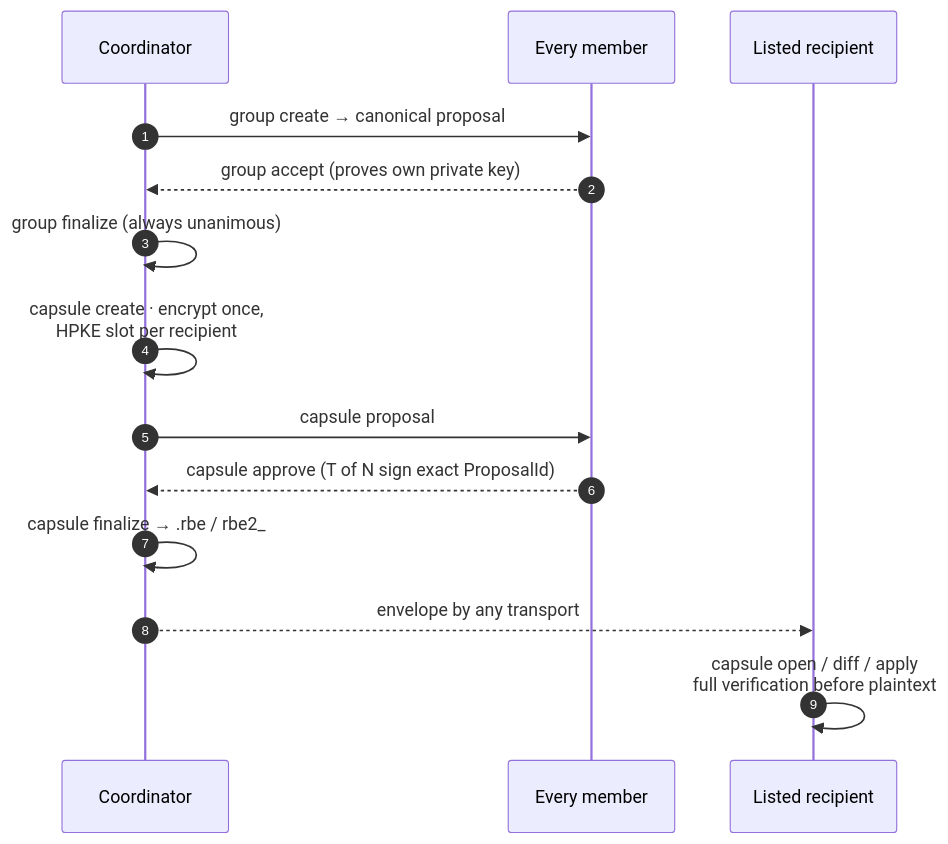
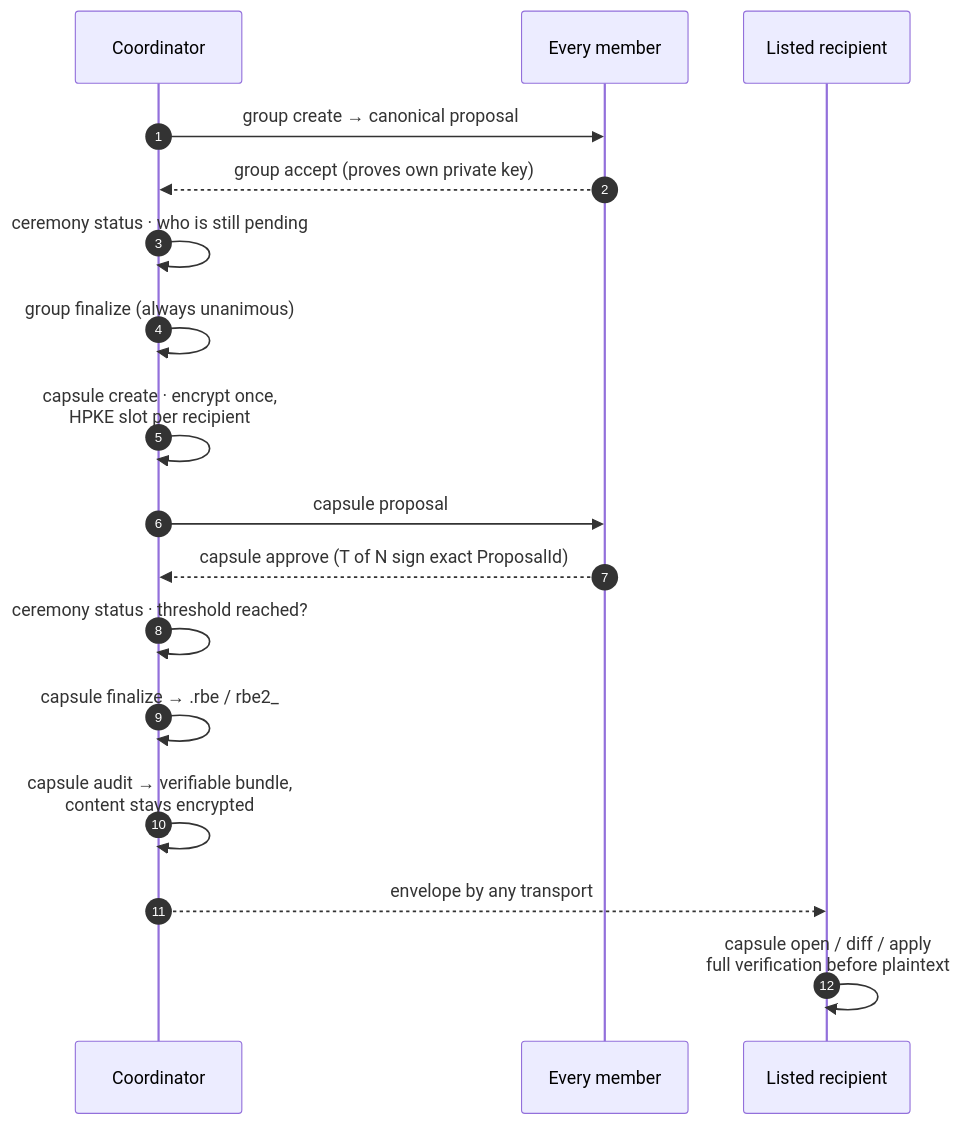
Before and after one commit to pedro5g/Rebyte: the sixth of 10 diagrams in docs/flows.md, drawn with Mermaid. The commit also changed other lines of this file and 8 other files, not shown here.

Commit message:
docs(chain): document ceremony, audit and kdf v2

````diff
--- a/docs/flows.md
+++ b/docs/flows.md
@@ -108,16 +109,19 @@
 ```mermaid
 sequenceDiagram
     autonumber
     participant C as Coordinator
     participant M as Every member
     participant R as Listed recipient
     C->>M: group create → canonical proposal
     M-->>C: group accept (proves own private key)
+    C->>C: ceremony status · who is still pending
     C->>C: group finalize (always unanimous)
     C->>C: capsule create · encrypt once,<br/>HPKE slot per recipient
     C->>M: capsule proposal
     M-->>C: capsule approve (T of N sign exact ProposalId)
+    C->>C: ceremony status · threshold reached?
     C->>C: capsule finalize → .rbe / rbe2_
+    C->>C: capsule audit → verifiable bundle,<br/>content stays encrypted
     C-->>R: envelope by any transport
     R->>R: capsule open / diff / apply<br/>full verification before plaintext
 ```
````
